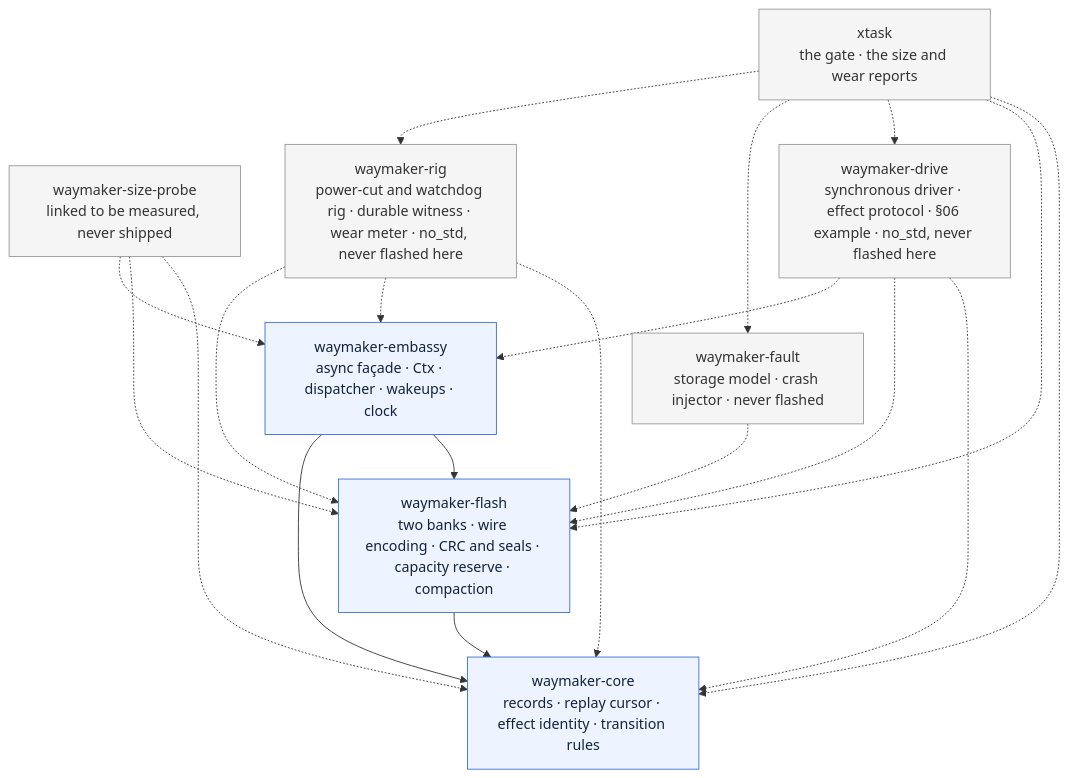
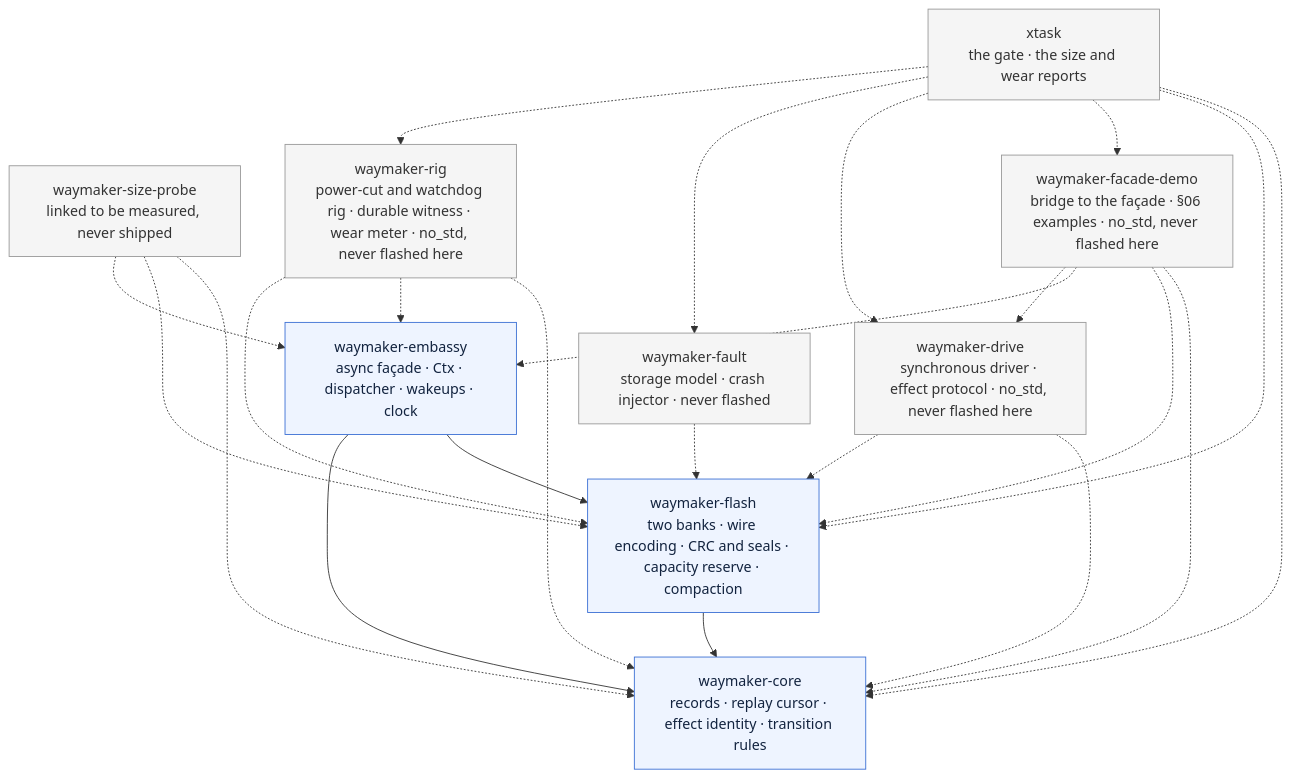
One commit to madmax983/waymaker changed the first of 11 diagrams in docs/architecture.md. Above: the diagram before and after it, drawn with Mermaid. The commit also changed other lines of this file and 37 other files, not shown here.

First line of the commit message:
Move the facade bridge into waymaker-facade-demo (issue #106) (#166)

````diff
--- a/docs/architecture.md
+++ b/docs/architecture.md
@@ -58,36 +63,41 @@
 ```mermaid
 graph TD
   waymaker-embassy["waymaker-embassy<br/>async façade · Ctx · dispatcher · wakeups · clock"]
   waymaker-flash["waymaker-flash<br/>two banks · wire encoding · CRC and seals · capacity reserve · compaction"]
   waymaker-core["waymaker-core<br/>records · replay cursor · effect identity · transition rules"]
   waymaker-size-probe["waymaker-size-probe<br/>linked to be measured, never shipped"]
   waymaker-fault["waymaker-fault<br/>storage model · crash injector · never flashed"]
   waymaker-rig["waymaker-rig<br/>power-cut and watchdog rig · durable witness · wear meter · no_std, never flashed here"]
-  waymaker-drive["waymaker-drive<br/>synchronous driver · effect protocol · §06 example · no_std, never flashed here"]
+  waymaker-drive["waymaker-drive<br/>synchronous driver · effect protocol · no_std, never flashed here"]
+  waymaker-facade-demo["waymaker-facade-demo<br/>bridge to the façade · §06 examples · no_std, never flashed here"]
   xtask["xtask<br/>the gate · the size and wear reports"]
 
   waymaker-embassy --> waymaker-core
   waymaker-embassy --> waymaker-flash
   waymaker-flash --> waymaker-core
 
   waymaker-size-probe -.-> waymaker-embassy
   waymaker-size-probe -.-> waymaker-flash
   waymaker-size-probe -.-> waymaker-core
   waymaker-fault -.-> waymaker-flash
   waymaker-rig -.-> waymaker-flash
   waymaker-rig -.-> waymaker-embassy
   waymaker-rig -.-> waymaker-core
-  waymaker-drive -.-> waymaker-embassy
   waymaker-drive -.-> waymaker-flash
   waymaker-drive -.-> waymaker-core
+  waymaker-facade-demo -.-> waymaker-drive
+  waymaker-facade-demo -.-> waymaker-embassy
+  waymaker-facade-demo -.-> waymaker-flash
+  waymaker-facade-demo -.-> waymaker-core
   xtask -.-> waymaker-rig
   xtask -.-> waymaker-fault
   xtask -.-> waymaker-drive
+  xtask -.-> waymaker-facade-demo
   xtask -.-> waymaker-flash
   xtask -.-> waymaker-core
 
   classDef layer fill:#eef4ff,stroke:#3b6fd4,color:#12233f;
   classDef tool fill:#f5f5f5,stroke:#999999,color:#333333;
   class waymaker-embassy,waymaker-flash,waymaker-core layer;
-  class waymaker-size-probe,waymaker-fault,waymaker-rig,waymaker-drive,xtask tool;
+  class waymaker-size-probe,waymaker-fault,waymaker-rig,waymaker-drive,waymaker-facade-demo,xtask tool;
 ```
````
